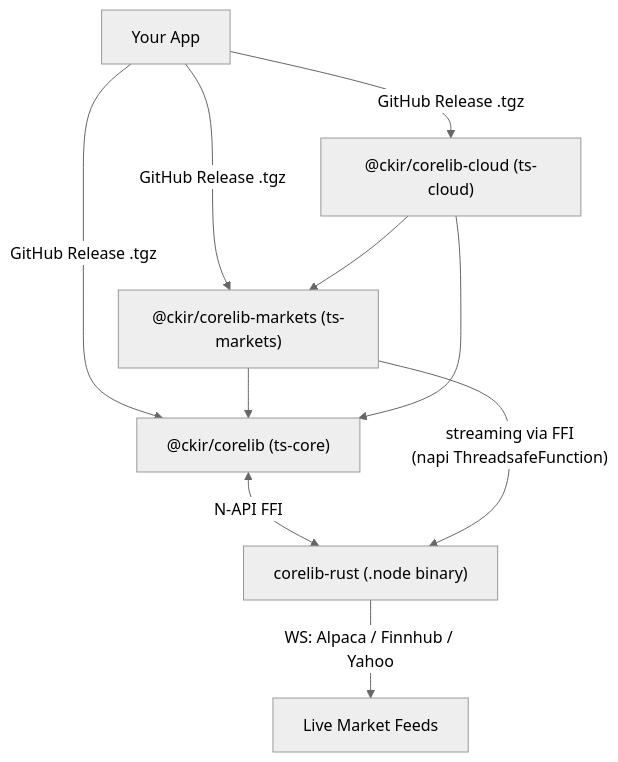
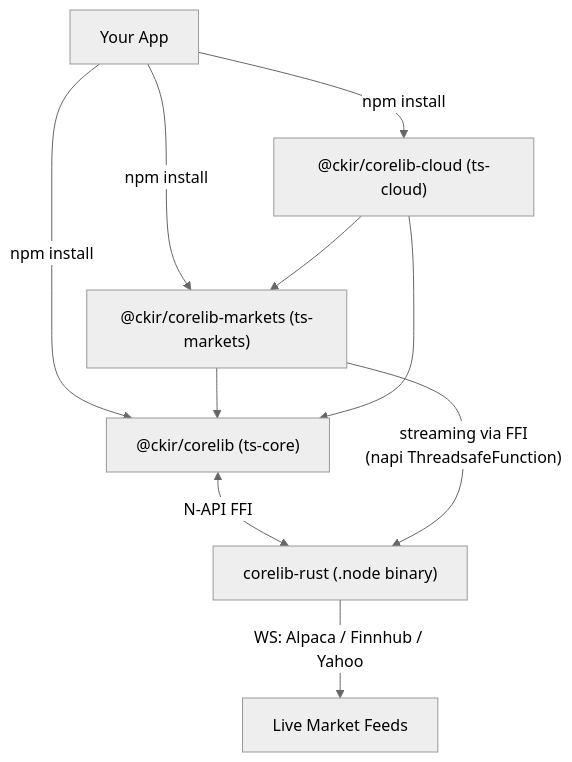
One commit to ckir/corelib changed the diagram in README.md. Above: the diagram before and after it, drawn with Mermaid (neutral theme). The commit also changed other lines of this file, not shown here.

Commit message:
docs: update README for public npm install (drop GitHub-Release/.tgz + overrides; add @jsr .npmrc, Bun trustedDependencies, linux-x64-only binary)

````diff
--- a/README.md
+++ b/README.md
@@ -21,12 +21,12 @@
 ```mermaid
 graph TD
-    A[Your App] -->|GitHub Release .tgz| B["@ckir/corelib (ts-core)"]
-    A -->|GitHub Release .tgz| C["@ckir/corelib-markets (ts-markets)"]
-    A -->|GitHub Release .tgz| D["@ckir/corelib-cloud (ts-cloud)"]
+    A[Your App] -->|npm install| B["@ckir/corelib (ts-core)"]
+    A -->|npm install| C["@ckir/corelib-markets (ts-markets)"]
+    A -->|npm install| D["@ckir/corelib-cloud (ts-cloud)"]
     C --> B
     D --> B
     D --> C
     B <-->|N-API FFI| E["corelib-rust (.node binary)"]
     C -->|"streaming via FFI\n(napi ThreadsafeFunction)"| E
     E -->|"WS: Alpaca / Finnhub / Yahoo"| F[Live Market Feeds]
 ```
````
